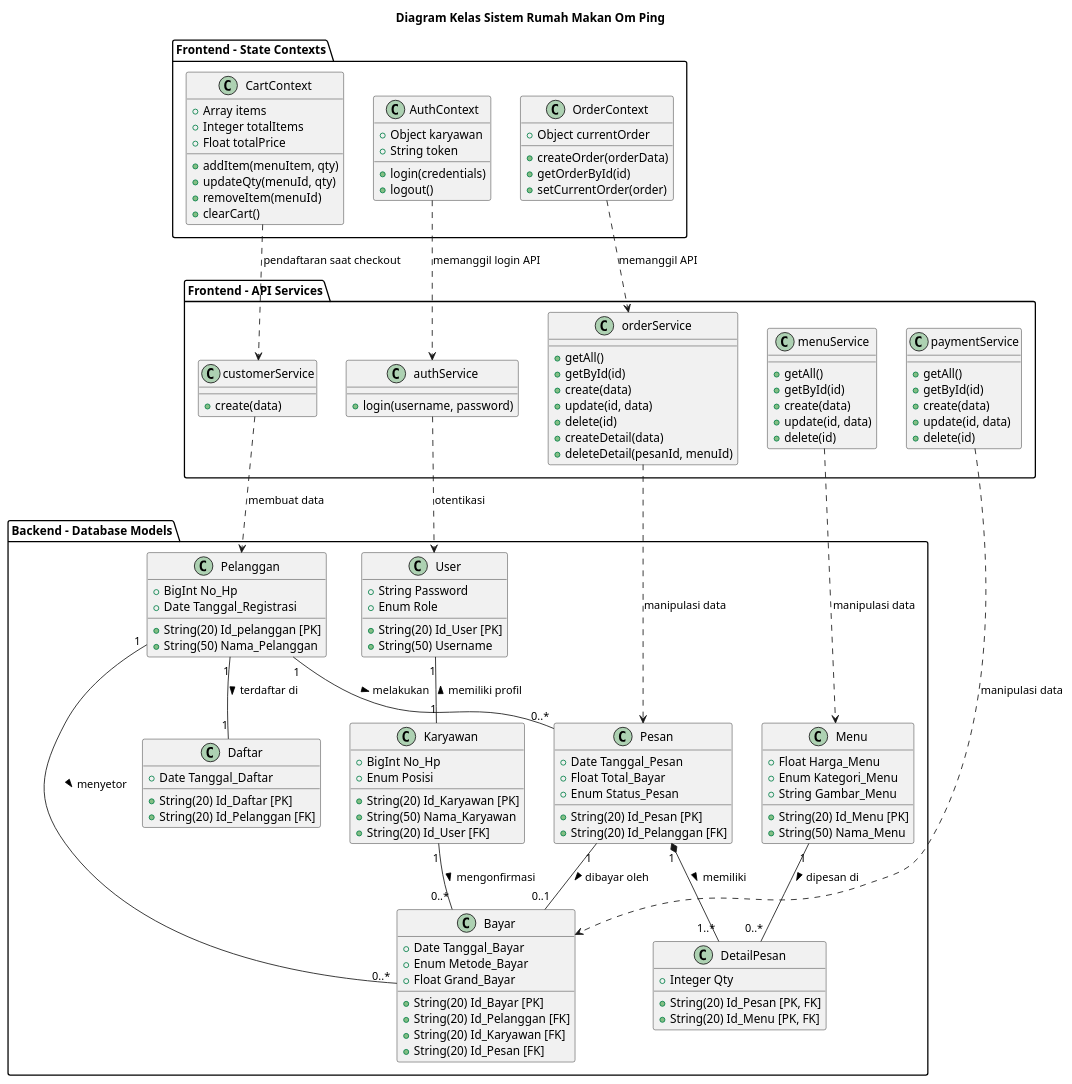
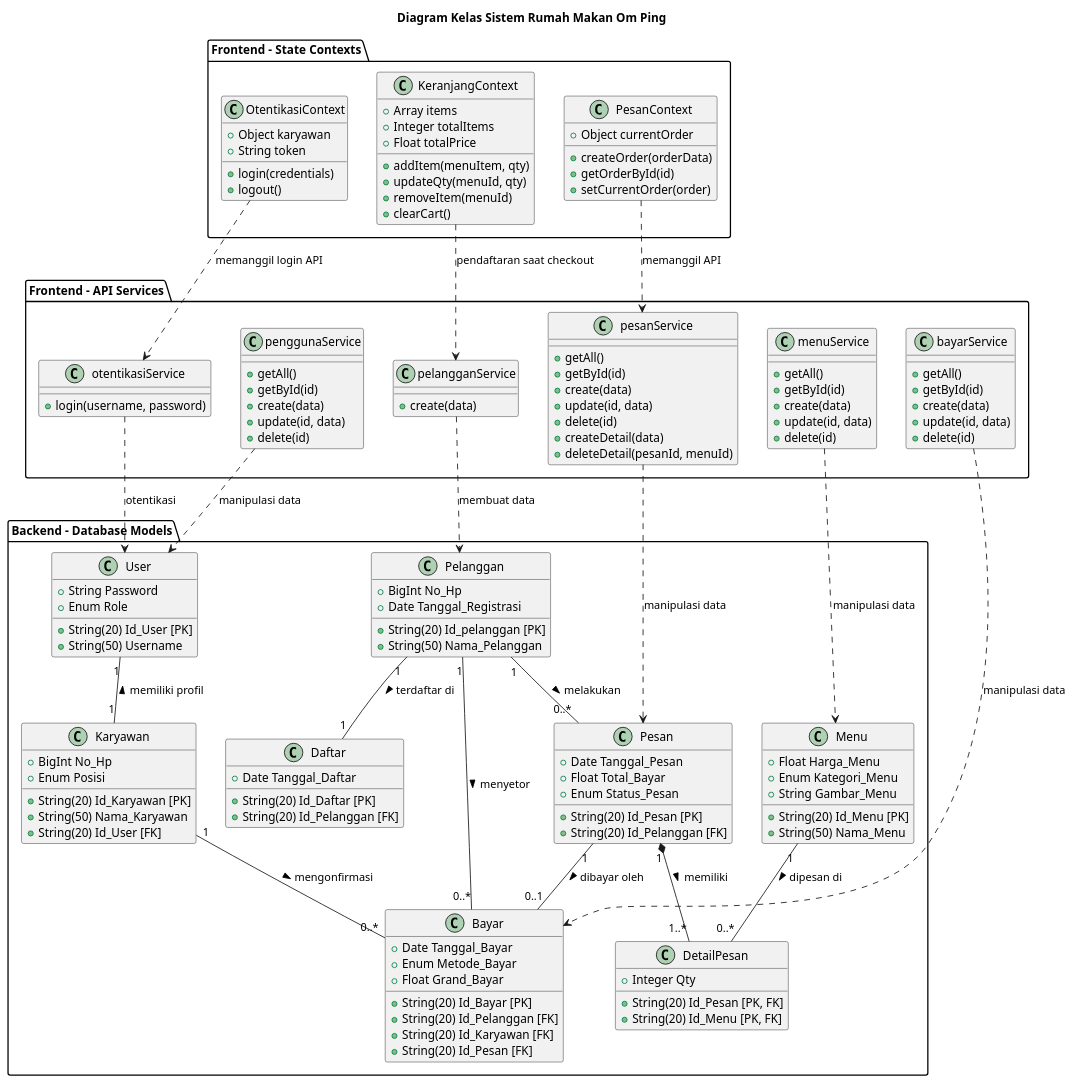
Before and after one commit to rakhafauh/RumahMakanOmPing: the first of 2 diagrams in class_diagram.md, drawn with PlantUML. The commit also changed other lines of this file, not shown here.

Commit message:
docs: translate class diagram terminology to Indonesian

````diff
--- a/class_diagram.md
+++ b/class_diagram.md
@@ -102,7 +92,7 @@
 ' FRONTEND ARCHITECTURE (React Services & State Contexts)
 ' ========================================================
 package "Frontend - State Contexts" {
-    class CartContext {
+    class KeranjangContext {
         + Array items
         + Integer totalItems
         + Float totalPrice
@@ -112,14 +102,14 @@
         + clearCart()
     }
 
-    class AuthContext {
+    class OtentikasiContext {
         + Object karyawan
         + String token
         + login(credentials)
         + logout()
     }
 
-    class OrderContext {
+    class PesanContext {
         + Object currentOrder
         + createOrder(orderData)
         + getOrderById(id)
@@ -128,7 +118,7 @@
 }
 
 package "Frontend - API Services" {
-    class orderService {
+    class pesanService {
         + getAll()
         + getById(id)
         + create(data)
@@ -138,7 +128,7 @@
         + deleteDetail(pesanId, menuId)
     }
 
-    class paymentService {
+    class bayarService {
         + getAll()
         + getById(id)
         + create(data)
@@ -154,26 +144,35 @@
         + delete(id)
     }
 
-    class customerService {
+    class pelangganService {
         + create(data)
     }
 
-    class authService {
+    class otentikasiService {
         + login(username, password)
+    }
+
+    class penggunaService {
+        + getAll()
+        + getById(id)
+        + create(data)
+        + update(id, data)
+        + delete(id)
     }
 }
 
 ' Hubungan Antara Frontend & Backend
-orderService ..> Pesan : manipulasi data
-paymentService ..> Bayar : manipulasi data
+pesanService ..> Pesan : manipulasi data
+bayarService ..> Bayar : manipulasi data
 menuService ..> Menu : manipulasi data
-customerService ..> Pelanggan : membuat data
-authService ..> User : otentikasi
+pelangganService ..> Pelanggan : membuat data
+otentikasiService ..> User : otentikasi
+penggunaService ..> User : manipulasi data
 
 ' Hubungan Internal Frontend
-OrderContext ..> orderService : memanggil API
-CartContext ..> customerService : pendaftaran saat checkout
-AuthContext ..> authService : memanggil login API
+PesanContext ..> pesanService : memanggil API
+KeranjangContext ..> pelangganService : pendaftaran saat checkout
+OtentikasiContext ..> otentikasiService : memanggil login API
 
 @enduml
 ```
````
